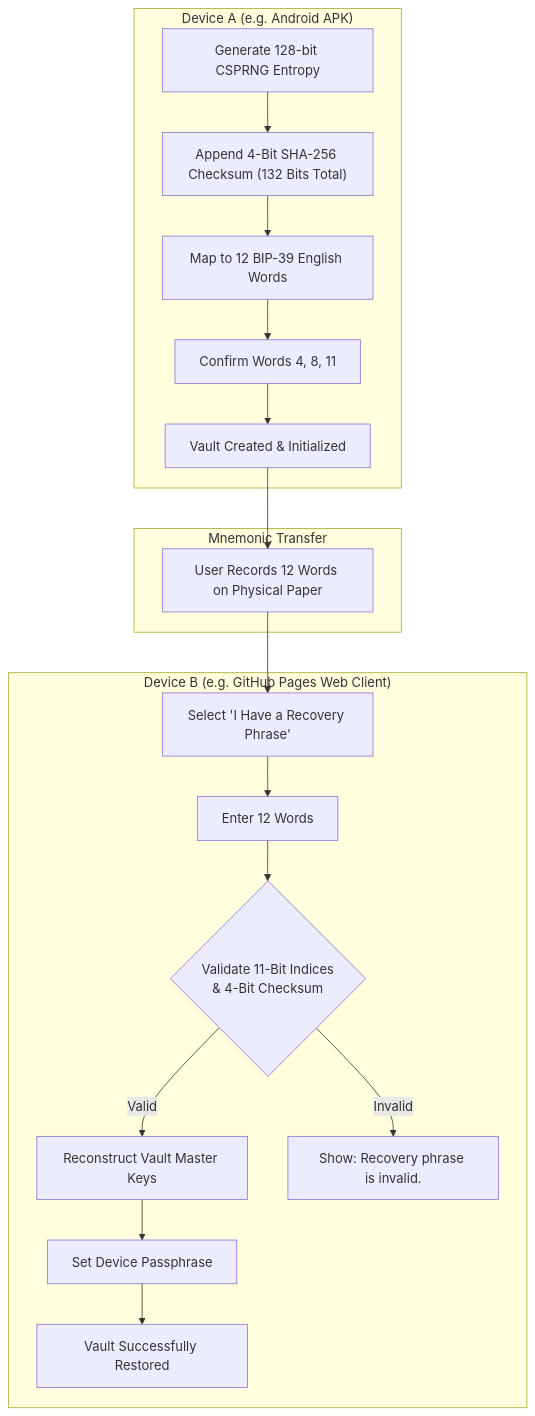
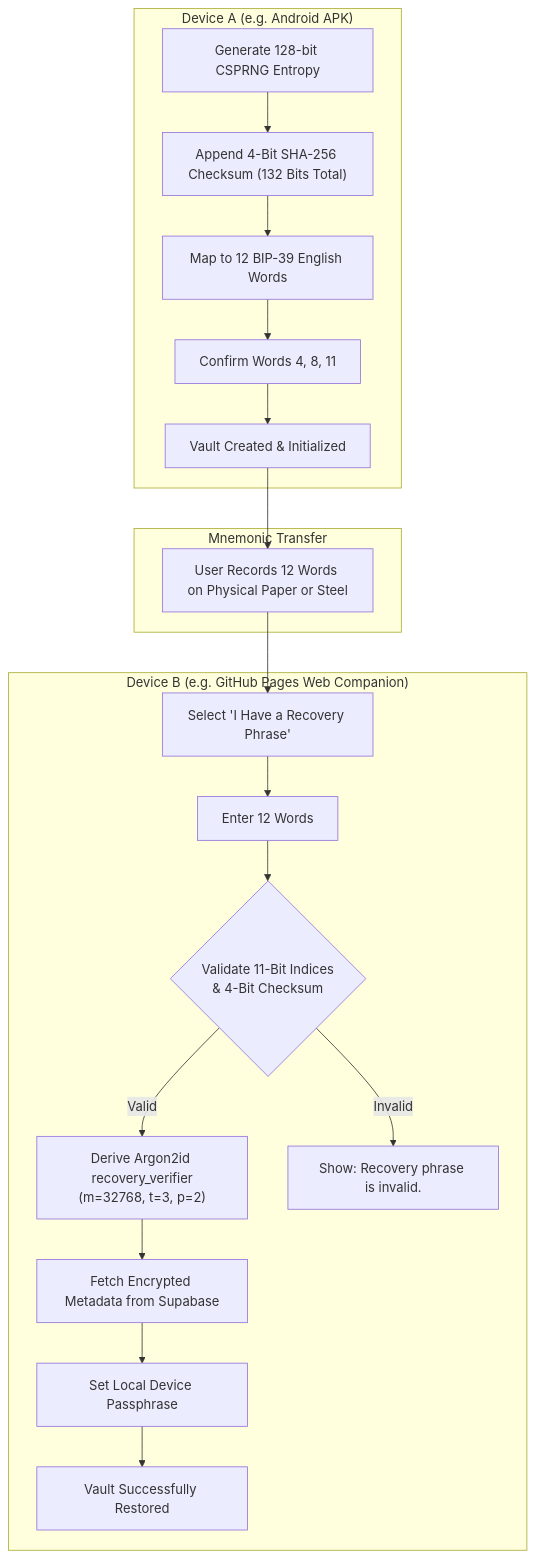
Before and after one commit to FROSTY-MUG/Ghost-Tag: the fifth of 5 diagrams in README.md, drawn with Mermaid. The commit also changed other lines of this file and 65 other files, not shown here.

````diff
--- a/README.md
+++ b/README.md
@@ -203,25 +211,26 @@
 ```mermaid
 flowchart TD
     subgraph SetupDevice["Device A (e.g. Android APK)"]
         GenEntropy["Generate 128-bit CSPRNG Entropy"] --> CalcChecksum["Append 4-Bit SHA-256 Checksum (132 Bits Total)"]
         CalcChecksum --> MapWords["Map to 12 BIP-39 English Words"]
         MapWords --> ConfirmWords["Confirm Words 4, 8, 11"]
         ConfirmWords --> VaultActiveA["Vault Created & Initialized"]
     end
 
     subgraph ExportImport["Mnemonic Transfer"]
-        UserPhrase["User Records 12 Words on Physical Paper"]
+        UserPhrase["User Records 12 Words on Physical Paper or Steel"]
     end
 
-    subgraph RecoverDevice["Device B (e.g. GitHub Pages Web Client)"]
+    subgraph RecoverDevice["Device B (e.g. GitHub Pages Web Companion)"]
         ImportAction["Select 'I Have a Recovery Phrase'"] --> InputWords["Enter 12 Words"]
         InputWords --> VerifyChecksum{"Validate 11-Bit Indices<br/>& 4-Bit Checksum"}
-        VerifyChecksum -- Valid --> ReconstructKEK["Reconstruct Vault Master Keys"]
-        ReconstructKEK --> SetLocalPass["Set Device Passphrase"]
+        VerifyChecksum -- Valid --> DeriveVerifier["Derive Argon2id recovery_verifier<br/>(m=32768, t=3, p=2)"]
+        DeriveVerifier --> RestoreCloud["Fetch Encrypted Metadata from Supabase"]
+        RestoreCloud --> SetLocalPass["Set Local Device Passphrase"]
         SetLocalPass --> VaultActiveB["Vault Successfully Restored"]
         VerifyChecksum -- Invalid --> ShowErr["Show: Recovery phrase is invalid."]
     end
 
     VaultActiveA --> UserPhrase
     UserPhrase --> ImportAction
 ```
````
